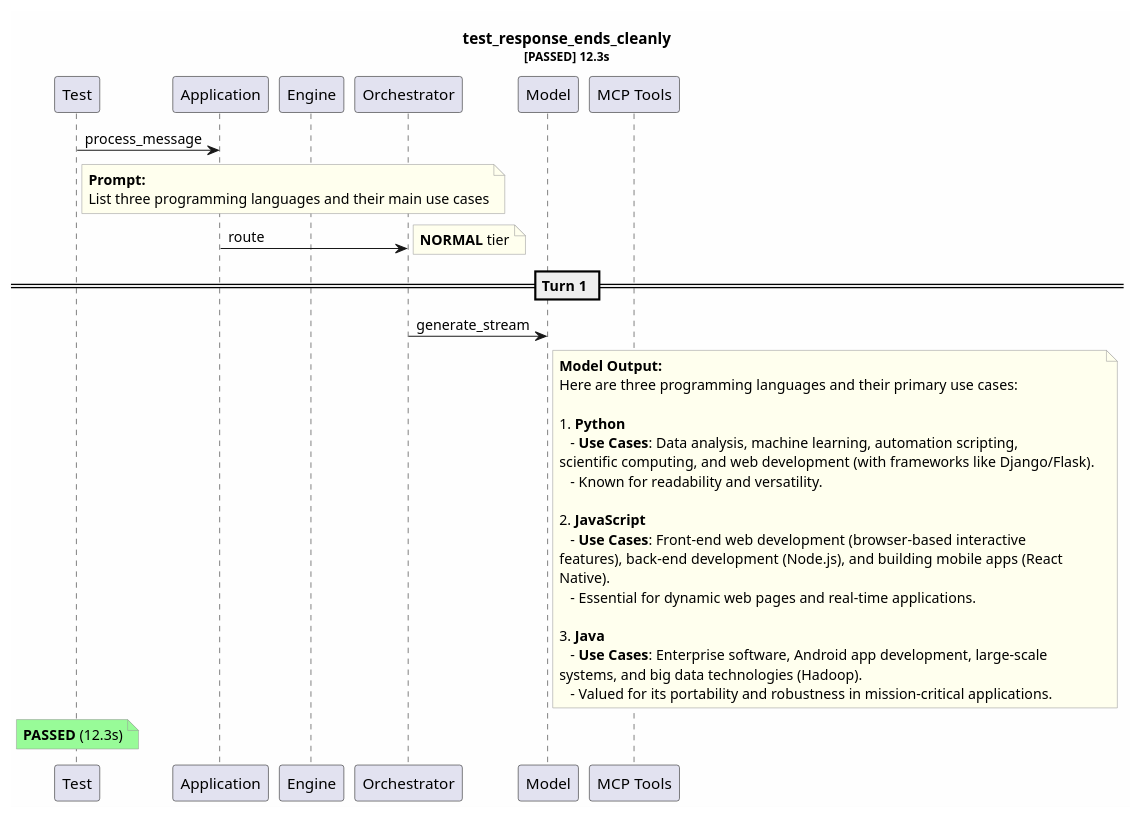
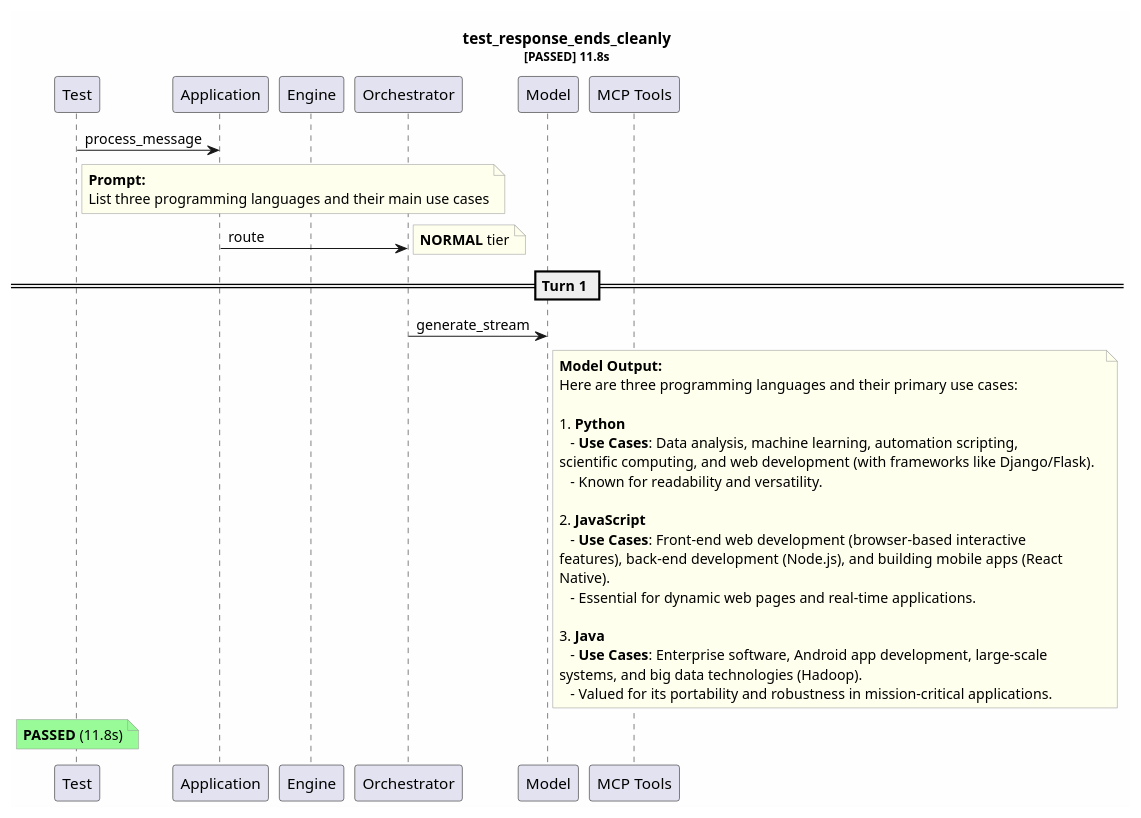
One commit to tvanfossen/entropic changed the diagram in test-reports/test_response_ends_cleanly.puml. Above: the diagram before and after it, drawn with PlantUML. The commit also changed 50 other files, not shown here.

```diff
--- a/test-reports/test_response_ends_cleanly.puml
+++ b/test-reports/test_response_ends_cleanly.puml
@@ -1,47 +1,47 @@
 @startuml
 skinparam backgroundColor #FEFEFE
 skinparam noteBorderColor #999999
 skinparam noteBackgroundColor #FFFFEE
-title test_response_ends_cleanly\n<size:11>[PASSED] 12.3s</size>
+title test_response_ends_cleanly\n<size:11>[PASSED] 11.8s</size>
 
 participant "Test" as T
 participant "Application" as App
 participant "Engine" as Eng
 participant "Orchestrator" as Orch
 participant "Model" as Mdl
 participant "MCP Tools" as MCP
 
 T -> App: process_message
 note right of T
   **Prompt:**
   List three programming languages and their main use cases
 end note
 App -> Orch: route
 note right: **NORMAL** tier
 == Turn 1 ==
 Orch -> Mdl: generate_stream
 note right of Mdl
   **Model Output:**
   Here are three programming languages and their primary use cases:
   
   1. **Python**  
      - **Use Cases**: Data analysis, machine learning, automation scripting, 
   scientific computing, and web development (with frameworks like Django/Flask).  
      - Known for readability and versatility.
   
   2. **JavaScript**  
      - **Use Cases**: Front-end web development (browser-based interactive 
   features), back-end development (Node.js), and building mobile apps (React 
   Native).  
      - Essential for dynamic web pages and real-time applications.
   
   3. **Java**  
      - **Use Cases**: Enterprise software, Android app development, large-scale 
   systems, and big data technologies (Hadoop).  
      - Valued for its portability and robustness in mission-critical applications.
 end note
 note over T #palegreen
-  **PASSED** (12.3s)
+  **PASSED** (11.8s)
 end note
 
 @enduml
```
